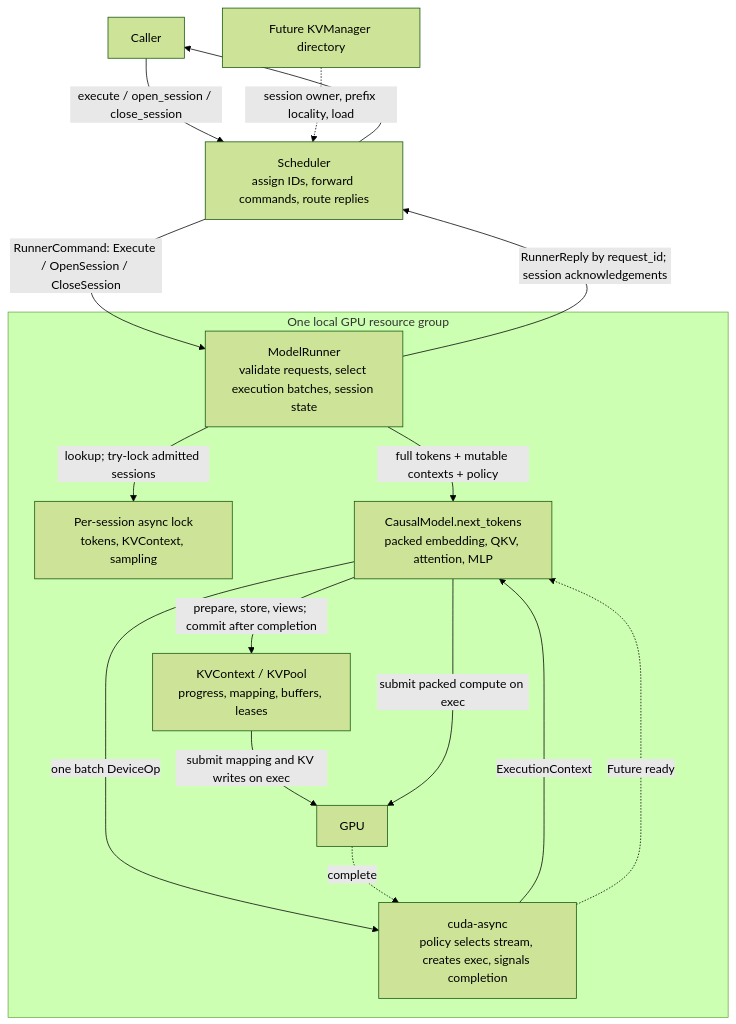
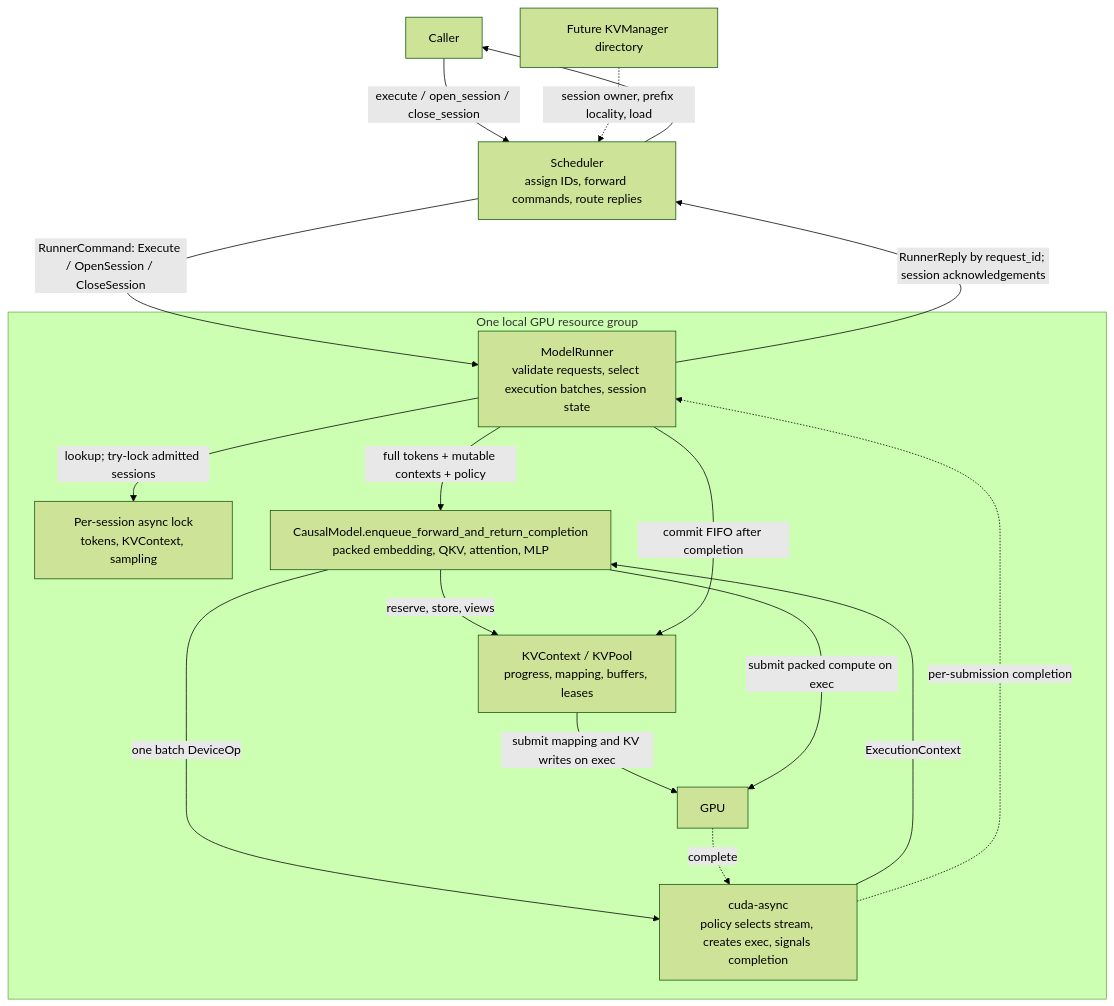
One commit to pochenai/llm-inference-lab changed the first of 3 diagrams in design/spec.md. Above: the diagram before and after it, drawn with Mermaid (forest theme). The commit also changed other lines of this file and 15 other files, not shown here.

First line of the commit message:
feat(engine): overlap forward submission with GPU completion

````diff
--- a/design/spec.md
+++ b/design/spec.md
@@ -37,25 +37,26 @@
 ```mermaid
 flowchart TB
     Caller["Caller"] -->|"execute / open_session / close_session"| S["Scheduler<br/>assign IDs, forward commands, route replies"]
     S -->|"RunnerCommand: Execute / OpenSession / CloseSession"| R
     subgraph Worker["One local GPU resource group"]
         R["ModelRunner<br/>validate requests, select execution batches, session state"]
         H["Per-session async lock<br/>tokens, KVContext, sampling"]
-        M["CausalModel.next_tokens<br/>packed embedding, QKV, attention, MLP"]
+        M["CausalModel.enqueue_forward_and_return_completion<br/>packed embedding, QKV, attention, MLP"]
         K["KVContext / KVPool<br/>progress, mapping, buffers, leases"]
         A["cuda-async<br/>policy selects stream, creates exec, signals completion"]
         G["GPU"]
         R -->|"lookup; try-lock admitted sessions"| H
         R -->|"full tokens + mutable contexts + policy"| M
-        M -->|"prepare, store, views; commit after completion"| K
+        M -->|"reserve, store, views"| K
+        R -->|"commit FIFO after completion"| K
         M -->|"one batch DeviceOp"| A
         A -->|"ExecutionContext"| M
         K -->|"submit mapping and KV writes on exec"| G
         M -->|"submit packed compute on exec"| G
         G -.->|"complete"| A
-        A -.->|"Future ready"| M
+        A -.->|"per-submission completion"| R
     end
     R -->|"RunnerReply by request_id; session acknowledgements"| S
     S --> Caller
     D["Future KVManager directory"] -.->|"session owner, prefix locality, load"| S
 ```
````
